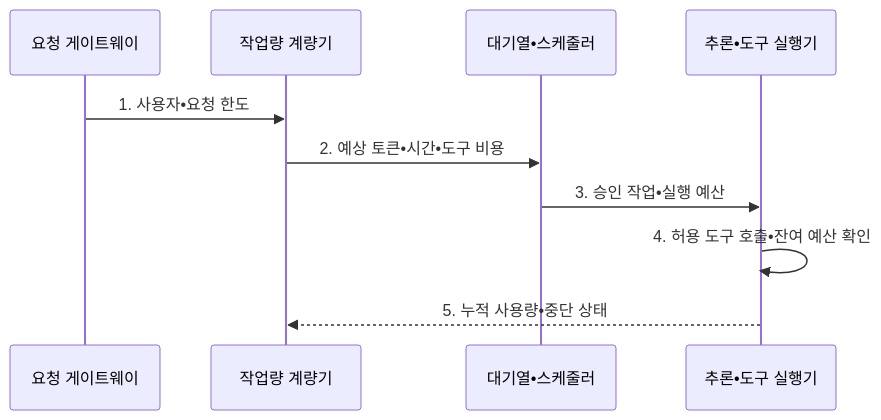
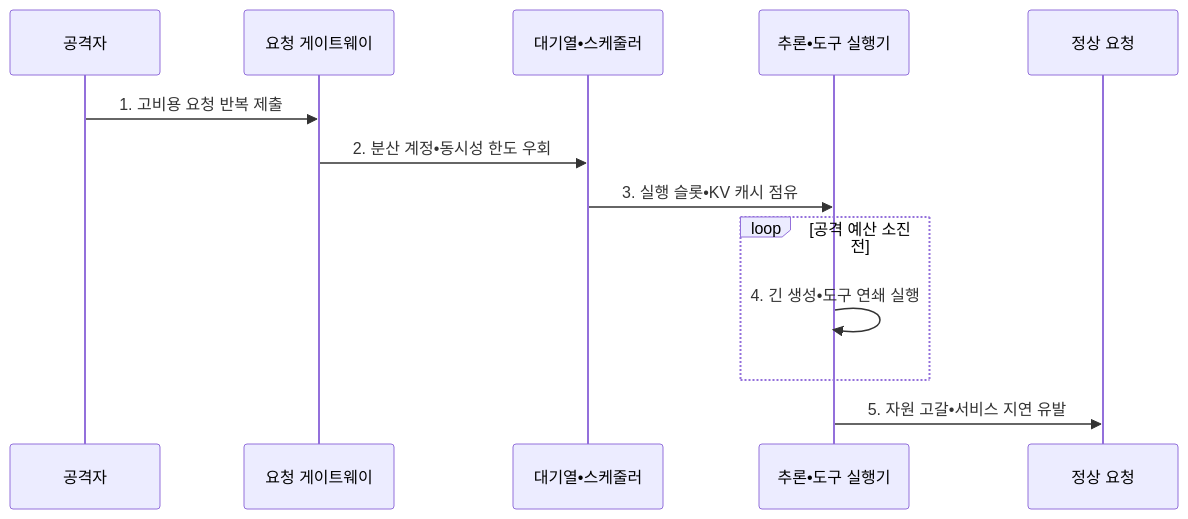
The second of 2 diagrams in src/content/docs/notes/08-latest-tech/124_model_denial_of_service.md (agnusdei1207/knowledge-base), drawn with Mermaid before and after one commit. The commit also changed other lines of this file and 14 other files, not shown here.

````diff
--- a/src/content/docs/notes/08-latest-tech/124_model_denial_of_service.md
+++ b/src/content/docs/notes/08-latest-tech/124_model_denial_of_service.md
@@ -105,12 +105,15 @@
 ```mermaid
 sequenceDiagram
+  participant A as 공격자
   participant G as 요청 게이트웨이
-  participant M as 작업량 계량기
   participant S as 대기열•스케줄러
   participant I as 추론•도구 실행기
-  G->>M: 1. 사용자•요청 한도
-  M->>S: 2. 예상 토큰•시간•도구 비용
-  S->>I: 3. 승인 작업•실행 예산
-  I->>I: 4. 허용 도구 호출•잔여 예산 확인
-  I-->>M: 5. 누적 사용량•중단 상태
+  participant N as 정상 요청
+  A->>G: 1. 고비용 요청 반복 제출
+  G->>S: 2. 분산 계정•동시성 한도 우회
+  S->>I: 3. 실행 슬롯•KV 캐시 점유
+  loop 공격 예산 소진 전
+    I->>I: 4. 긴 생성•도구 연쇄 실행
+  end
+  I->>N: 5. 자원 고갈•서비스 지연 유발
 ```
````
